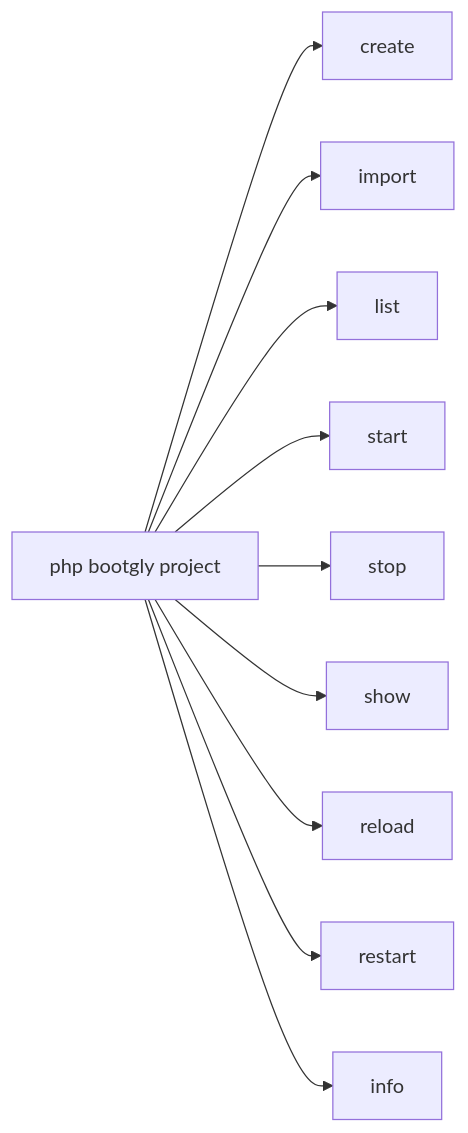
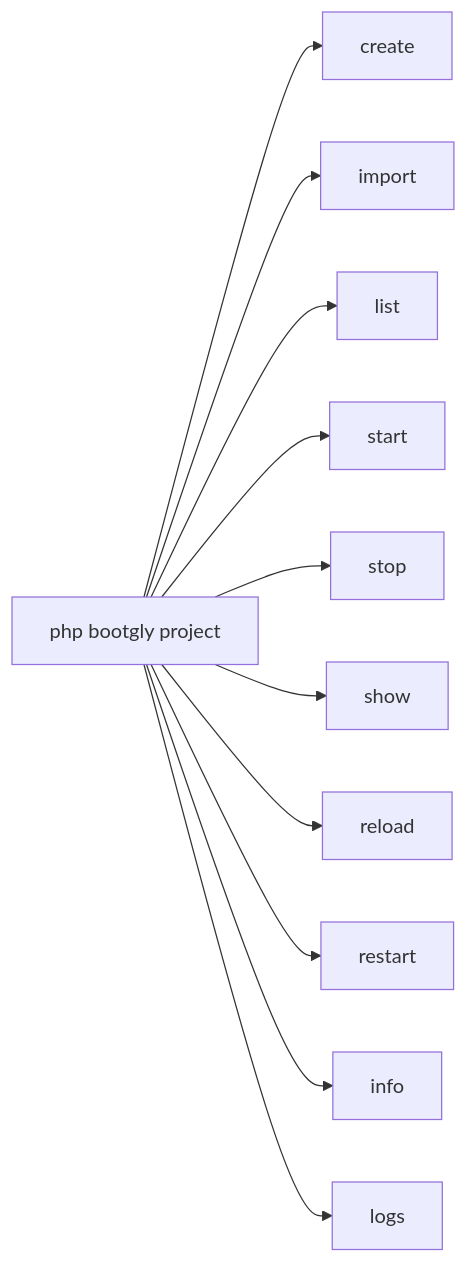
The first of 2 diagrams in src/pages/manual/Bootgly/essential/projects.overview.en-US.md (bootgly/bootgly_docs), drawn with Mermaid before and after one commit. The commit also changed other lines of this file and 10 other files, not shown here.

````diff
--- a/src/pages/manual/Bootgly/essential/projects.overview.en-US.md
+++ b/src/pages/manual/Bootgly/essential/projects.overview.en-US.md
@@ -134,13 +134,14 @@
 ```mermaid
 graph LR
   project["php bootgly project"]
   project --> create["create"]
   project --> import["import"]
   project --> list["list"]
   project --> start["start"]
   project --> stop["stop"]
   project --> show["show"]
   project --> reload["reload"]
   project --> restart["restart"]
   project --> info["info"]
+  project --> logs["logs"]
 ```
````
